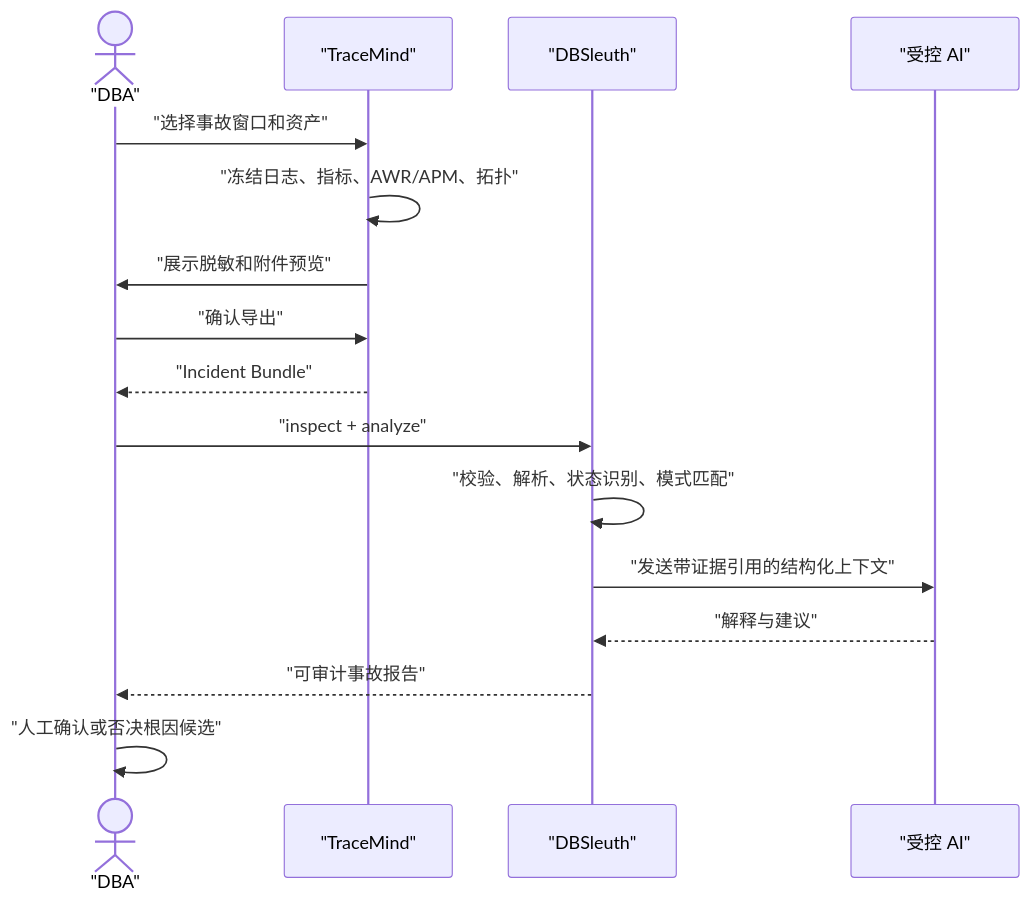
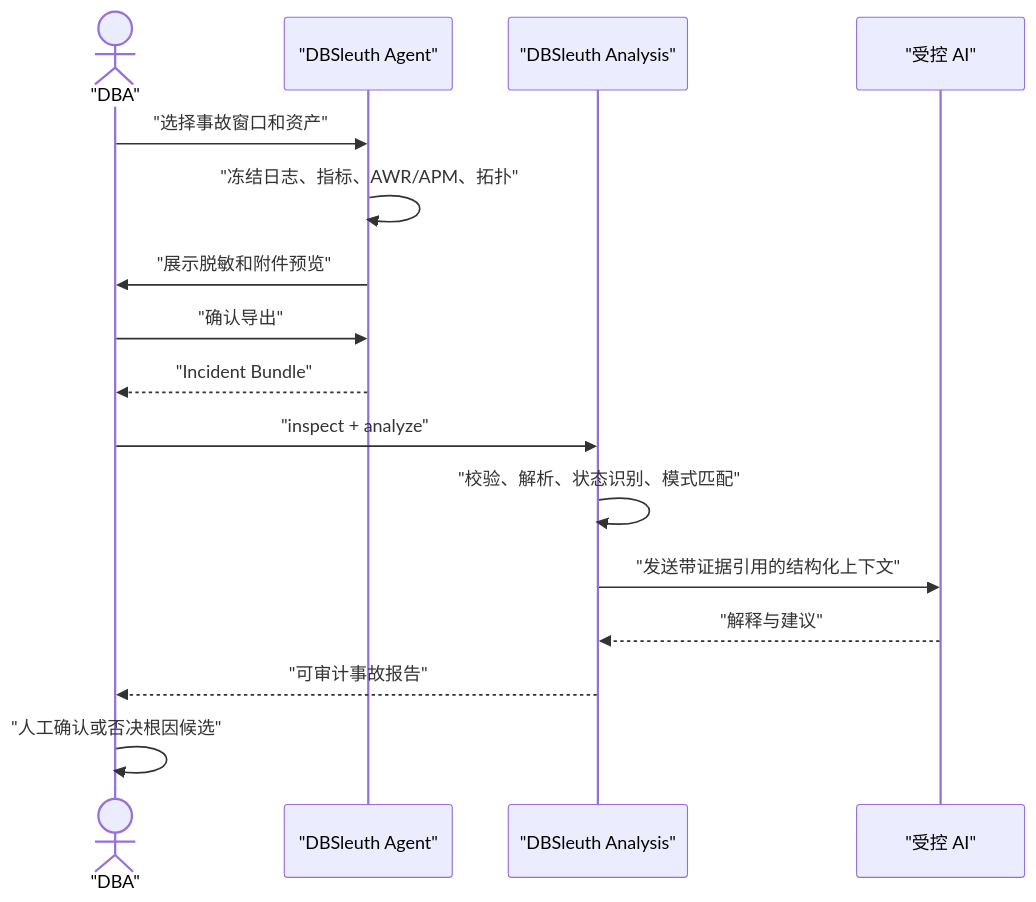
Before and after one commit to pc-study/dbsleuth: the seventh of 7 diagrams in docs/CASE_DEMO_STORAGE_INCIDENT.md, drawn with Mermaid. The commit also changed other lines of this file and 8 other files, not shown here.

````diff
--- a/docs/CASE_DEMO_STORAGE_INCIDENT.md
+++ b/docs/CASE_DEMO_STORAGE_INCIDENT.md
@@ -471,19 +471,19 @@
 ```mermaid
 sequenceDiagram
     actor U as "DBA"
-    participant T as "TraceMind"
-    participant B as "DBSleuth"
+    participant T as "DBSleuth Agent"
+    participant B as "DBSleuth Analysis"
     participant A as "受控 AI"
 
     U->>T: "选择事故窗口和资产"
     T->>T: "冻结日志、指标、AWR/APM、拓扑"
     T->>U: "展示脱敏和附件预览"
     U->>T: "确认导出"
     T-->>U: "Incident Bundle"
     U->>B: "inspect + analyze"
     B->>B: "校验、解析、状态识别、模式匹配"
     B->>A: "发送带证据引用的结构化上下文"
     A-->>B: "解释与建议"
     B-->>U: "可审计事故报告"
     U->>U: "人工确认或否决根因候选"
 ```
````
